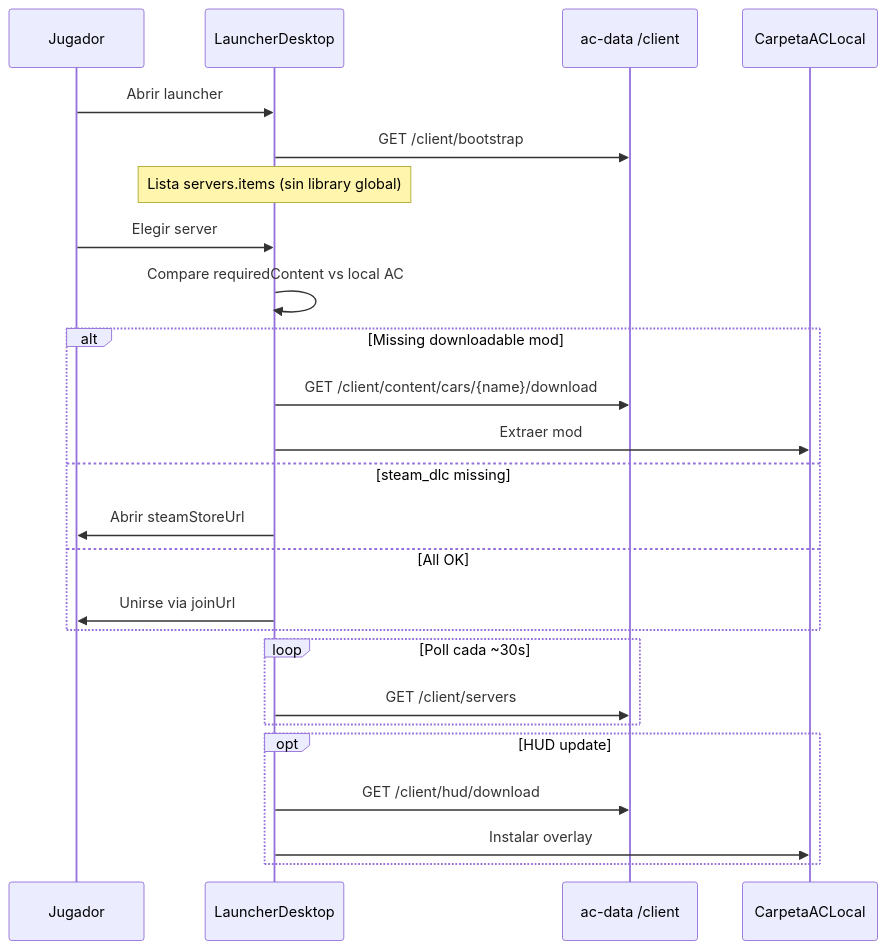
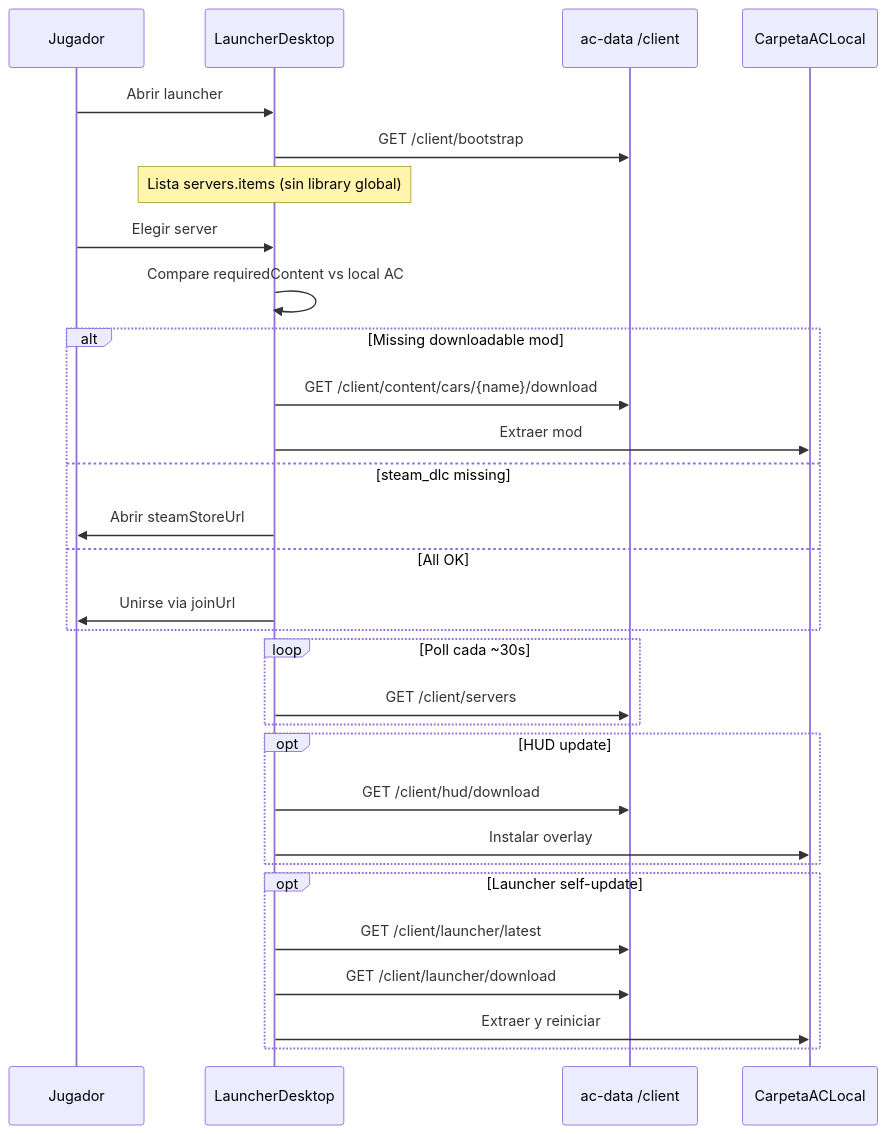
The diagram in docs/CLIENT_SYNC_API.md (Porx312/docker-infrasture-assetto-corsa), drawn with Mermaid before and after one commit. The commit also changed other lines of this file and 61 other files, not shown here.

````diff
--- a/docs/CLIENT_SYNC_API.md
+++ b/docs/CLIENT_SYNC_API.md
@@ -146,32 +180,38 @@
 ```mermaid
 sequenceDiagram
   participant User as Jugador
   participant Launcher as LauncherDesktop
   participant API as ac-data /client
   participant Local as CarpetaACLocal
 
   User->>Launcher: Abrir launcher
   Launcher->>API: GET /client/bootstrap
   Note over Launcher: Lista servers.items (sin library global)
 
   User->>Launcher: Elegir server
   Launcher->>Launcher: Compare requiredContent vs local AC
 
   alt Missing downloadable mod
     Launcher->>API: GET /client/content/cars/{name}/download
     Launcher->>Local: Extraer mod
   else steam_dlc missing
     Launcher->>User: Abrir steamStoreUrl
   else All OK
     Launcher->>User: Unirse via joinUrl
   end
 
   loop Poll cada ~30s
     Launcher->>API: GET /client/servers
   end
 
   opt HUD update
     Launcher->>API: GET /client/hud/download
     Launcher->>Local: Instalar overlay
   end
+
+  opt Launcher self-update
+    Launcher->>API: GET /client/launcher/latest
+    Launcher->>API: GET /client/launcher/download
+    Launcher->>Local: Extraer y reiniciar
+  end
 ```
````
